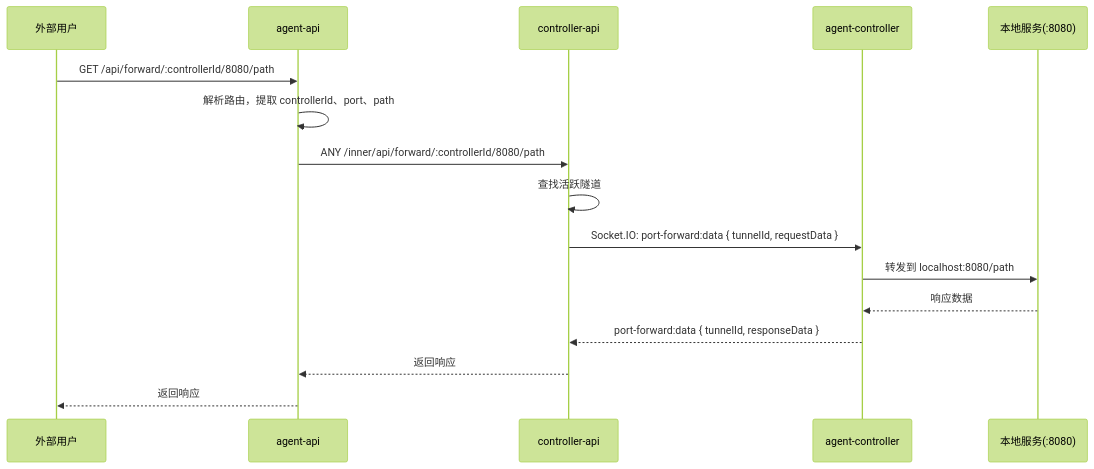
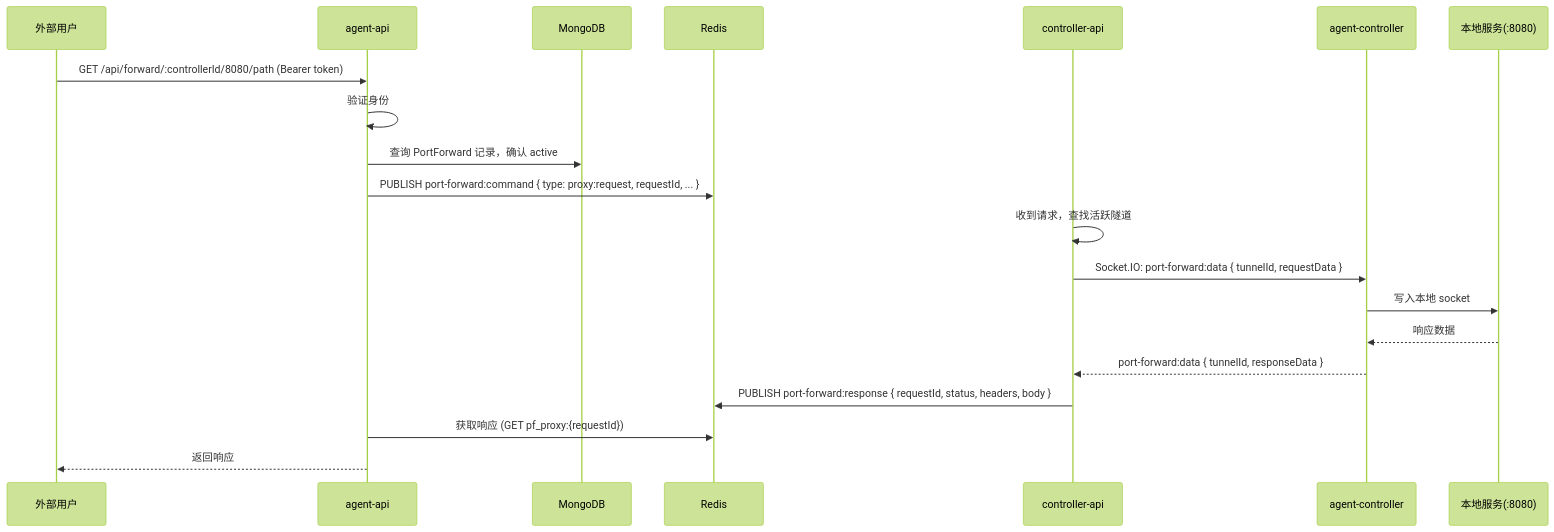
The third of 3 diagrams in docs/engineering/proposals/20260527-feat-port-forwarding.md (Deliay/z-agent-gear), drawn with Mermaid (forest theme) before and after one commit. The commit also changed other lines of this file and 1 other file, not shown here.

````diff
--- a/docs/engineering/proposals/20260527-feat-port-forwarding.md
+++ b/docs/engineering/proposals/20260527-feat-port-forwarding.md
@@ -334,19 +303,23 @@
 ```mermaid
 sequenceDiagram
     participant EXT as 外部用户
     participant A as agent-api
+    participant DB as MongoDB
+    participant R as Redis
     participant C as controller-api
     participant L as agent-controller
     participant S as 本地服务(:8080)
 
-    EXT->>A: GET /api/forward/:controllerId/8080/path
-    A->>A: 解析路由，提取 controllerId、port、path
-    A->>C: ANY /inner/api/forward/:controllerId/8080/path
-    C->>C: 查找活跃隧道
+    EXT->>A: GET /api/forward/:controllerId/8080/path (Bearer token)
+    A->>A: 验证身份
+    A->>DB: 查询 PortForward 记录，确认 active
+    A->>R: PUBLISH port-forward:command { type: proxy:request, requestId, ... }
+    C->>C: 收到请求，查找活跃隧道
     C->>L: Socket.IO: port-forward:data { tunnelId, requestData }
-    L->>S: 转发到 localhost:8080/path
+    L->>S: 写入本地 socket
     S-->>L: 响应数据
     L-->>C: port-forward:data { tunnelId, responseData }
-    C-->>A: 返回响应
+    C->>R: PUBLISH port-forward:response { requestId, status, headers, body }
+    A->>R: 获取响应 (GET pf_proxy:{requestId})
     A-->>EXT: 返回响应
 ```
````
